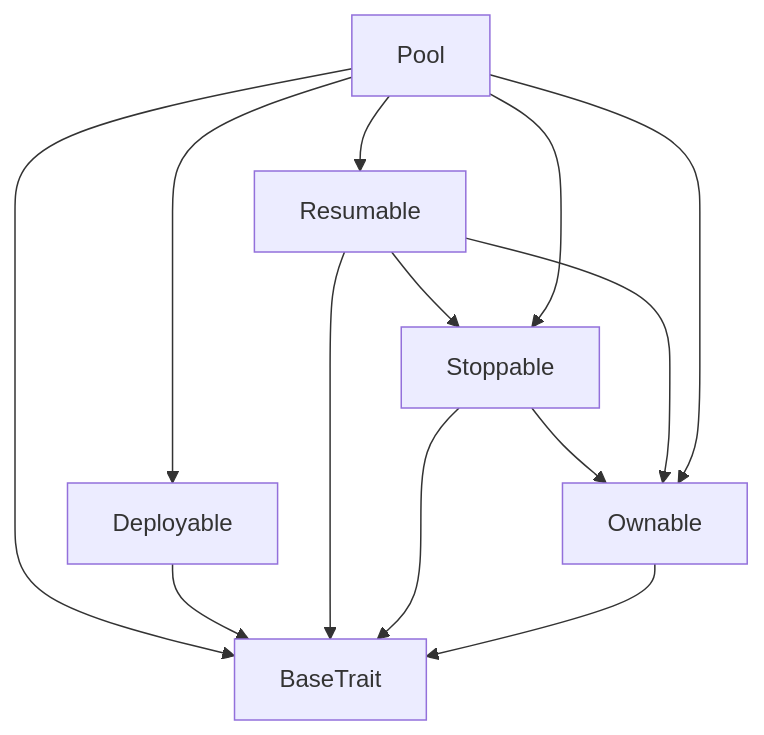
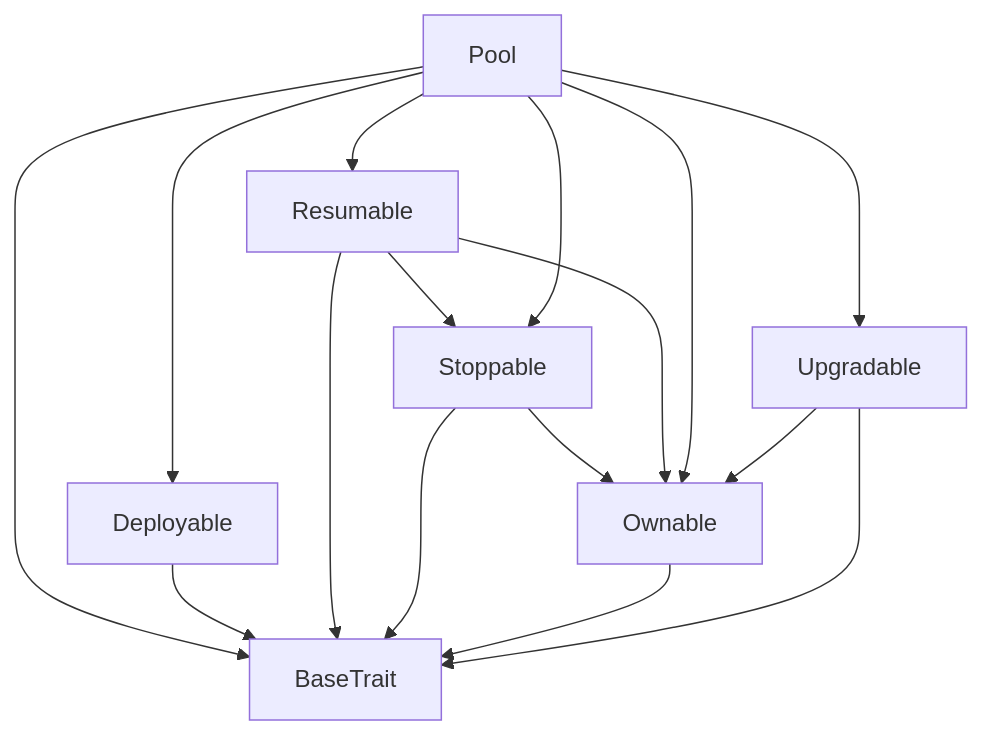
The first of 2 diagrams in build/Pool/tact_Pool.md (TonTradoor/tradoor-contracts-v3-usdt-public), drawn with Mermaid before and after one commit. The commit also changed other lines of this file and 23 other files, not shown here.

````diff
--- a/build/Pool/tact_Pool.md
+++ b/build/Pool/tact_Pool.md
@@ -343,16 +343,19 @@
 ```mermaid
 graph TD
 Pool
 Pool --> BaseTrait
 Pool --> Deployable
 Deployable --> BaseTrait
 Pool --> Resumable
 Resumable --> BaseTrait
 Resumable --> Stoppable
 Stoppable --> BaseTrait
 Stoppable --> Ownable
 Ownable --> BaseTrait
 Resumable --> Ownable
 Pool --> Stoppable
 Pool --> Ownable
+Pool --> Upgradable
+Upgradable --> BaseTrait
+Upgradable --> Ownable
 ```
````
